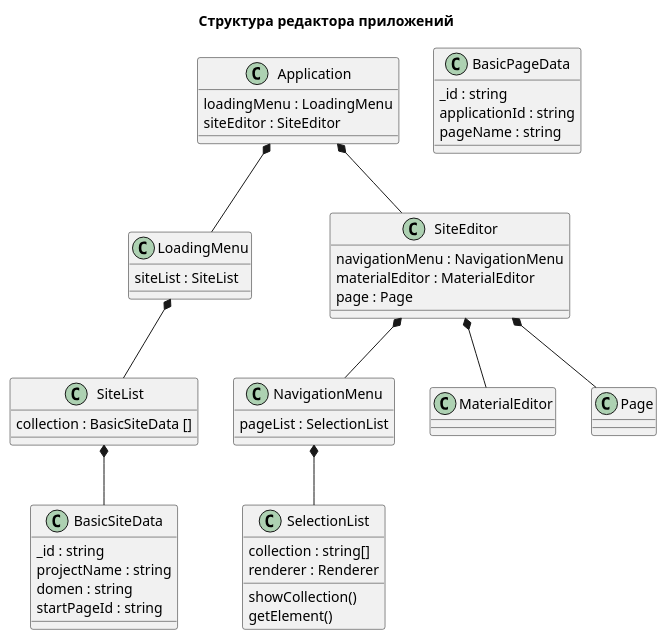
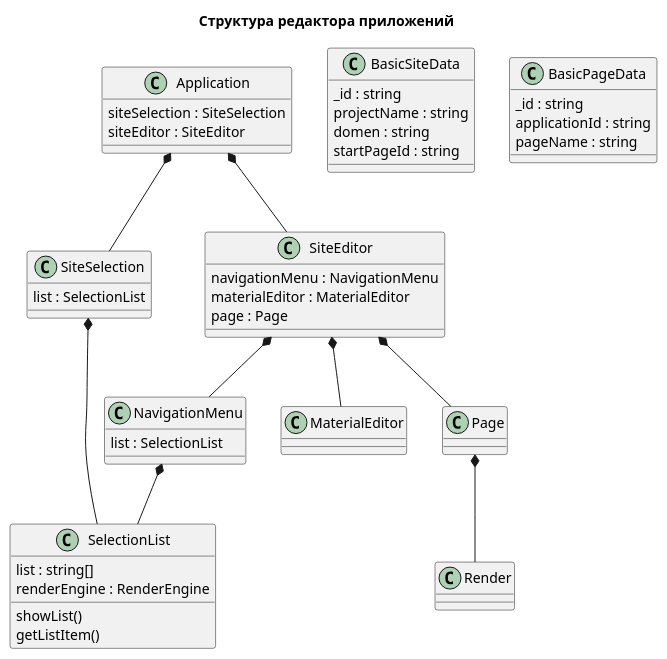
One commit to NikolayDemchenko/ReactTest changed the diagram in client/src/Types/Structure/NewStructure/appStructure.puml. Above: the diagram before and after it, drawn with PlantUML.

Commit message:
Додумать selectionList

```diff
--- a/client/src/Types/Structure/NewStructure/appStructure.puml
+++ b/client/src/Types/Structure/NewStructure/appStructure.puml
@@ -1,171 +1,166 @@
 @startuml
 title Структура редактора приложений
 
 
 class "Application" as Application{  
-    loadingMenu : LoadingMenu
+    siteSelection : SiteSelection
     siteEditor : SiteEditor
 }
-Application *-- LoadingMenu
+Application *-- SiteSelection
 Application *-- SiteEditor
 
-class "LoadingMenu" as LoadingMenu { 
-    siteList : SiteList       
+class "SiteSelection" as SiteSelection { 
+   list : SelectionList       
 }
-LoadingMenu *-- SiteList
-
-class "SiteList" as SiteList{
-    collection : BasicSiteData []   
-}
-SiteList *-- BasicSiteData
+SiteSelection *-- SelectionList
 
 class "BasicSiteData" as BasicSiteData{
     _id : string   
     projectName : string   
     domen : string   
     startPageId : string   
 }
 
 class "SiteEditor" as SiteEditor{
         navigationMenu : NavigationMenu
         materialEditor : MaterialEditor
         page : Page   
 }
 SiteEditor *-- NavigationMenu
 SiteEditor *-- MaterialEditor
 SiteEditor *-- Page
 
 class "NavigationMenu" as NavigationMenu{ 
-      pageList : SelectionList
+      list : SelectionList
 }
 NavigationMenu *-- SelectionList
-' class "Render" as Render{    
-' }
-' Page *-- Render
+class "Render" as Render{    
+}
+Page *-- Render
 class "SelectionList" as SelectionList{ 
-    collection : string[]  
-    renderer : Renderer 
-    showCollection()  
-    getElement()
+    list : string[]  
+    renderEngine : RenderEngine  
+    showList()  
+    getListItem()
 }
 class "MaterialEditor" as MaterialEditor{    
 }
 class "Page" as Page{  
     ' render : Render  
 }
 class "BasicPageData" as BasicPageData{
     _id : string   
     applicationId : string   
     pageName : string   
     
      
 }
 
 ' interface "ICollection<T>" as ICollection {    
 ' collection: any
 ' add(element:T )
 ' remove( element: T)
 ' }
 ' interface "IData" as IData{    
 '     setData() 
 '     getData()
 ' }
 ' interface "IRender" as IRender{ 
 '     render()  
 ' }
 
 ' ' Генератор модели
 ' class "ModelCreator" as ModelCreator{
 '     element:MyReactElement
 '     render(...children)
     
 ' }
 ' ' Базовый компонент
 ' class "MyBaseComponent" as MyBaseComponent{
 '     element:MyReactElement
 '     render(...children)
     
 ' }
 ' MyBaseComponent *-l- MyReactElement
 ' ' Элемент
 ' class "MyReactElement" as MyReactElement{
 '     _id:string
 '     tag:string
 '     props:MyObject  
 '     setData( tag:string , props: MyObject )
 '     getData()
     
 ' }
 ' MyReactElement *-l- MyObject
 ' MyReactElement .r.|> IData
 
 
 ' ' Объект
 ' class "MyObject" as MyObject{
 
 '     collection:{ [ key: string ] :any }
 '     add(  key: string , value :any )
 '     remove(  key: string )   
 '     setData( collection:{ [ key: string ] :any } )
 '     getData() 
 ' }
 ' MyObject .l.|> IData
 ' MyObject .u.|> ICollection
 
 ' ' Инпут
 ' class "MyInput" as MyInput{  
 '     type: string
 '     setData( type: string )
 '     getData()
 '     render()
 ' }
 ' ' Кнопка
 ' class "MyButton" as MyButton{  
 '     title: string
 '     setData( title: string )
 '     getData()
 '     render()
 ' }
 ' ' Текст
 ' class "MyText" as MyText{  
 '     text: string
 '     setData( text: string )
 '     getData()
 '     render()
 ' }
 ' MyText .l.|> IData
 ' MyText ..|> IRender
 ' MyText --|> MyBaseComponent
 
 ' ' Переменная
 ' class "MyVariable" as MyVariable{   
 '     key: MyText
 '     value: MyText | MyArray
 '     setData( name: MyText, value: MyText | MyArray )
 '     getData()
 '     render()
 ' }
 ' MyVariable *-- MyText
 ' MyVariable ..|> IData
 ' MyVariable ..|> IRender
 ' MyVariable --|> MyBaseComponent
 
 
 ' ' Массив
 ' class "MyArray" as MyArray{
 ' collection: { MyText | MyVariable | MyArray}[]
 ' add( element: MyText | MyVariable | MyArray)
 ' remove( element: MyText | MyVariable | MyArray)
 ' setData( array: { MyText | MyVariable | MyArray}[] )
 ' getData()
 ' render()
 ' }
 ' MyArray ..|> ICollection
 ' MyArray ..|> IData
 ' MyArray ..|> IRender
 ' MyArray o-- MyArray
 ' MyArray o-l- MyVariable
 ' MyArray o-- MyText
 ' MyArray --|> MyBaseComponent
 
 @enduml
```
